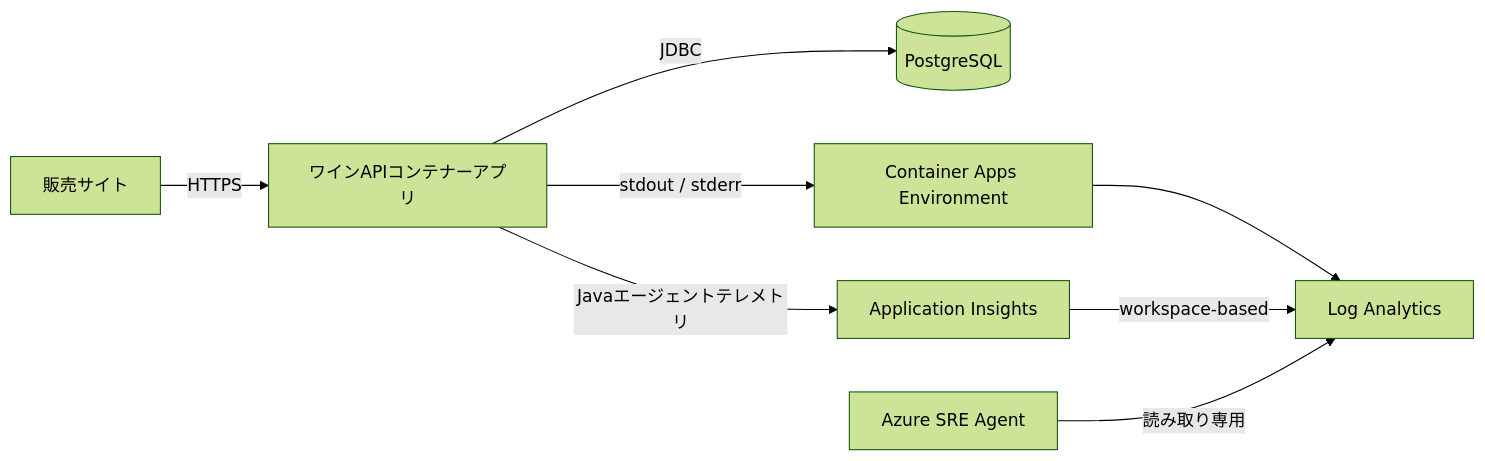
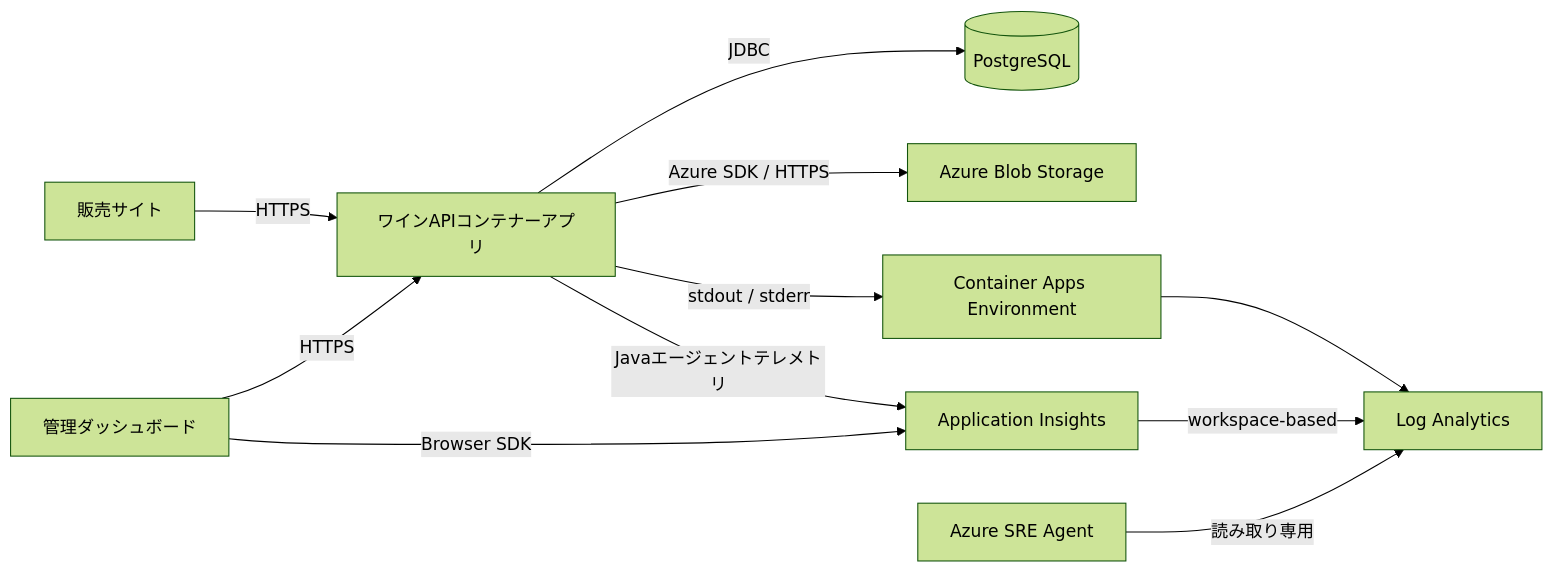
Before and after one commit to mahya8585/SRE-agent-demo: the diagram in docs/observability.md, drawn with Mermaid (forest theme). The commit also changed other lines of this file and 75 other files, not shown here.

````diff
--- a/docs/observability.md
+++ b/docs/observability.md
@@ -14,10 +14,13 @@
 ```mermaid
 flowchart LR
     Client[販売サイト] -->|HTTPS| API[ワインAPIコンテナーアプリ]
+    Admin[管理ダッシュボード] -->|HTTPS| API
+    Admin -->|Browser SDK| AI[Application Insights]
     API -->|JDBC| DB[(PostgreSQL)]
+    API -->|Azure SDK / HTTPS| Blob[Azure Blob Storage]
     API -->|stdout / stderr| CAE[Container Apps Environment]
     CAE --> LAW[Log Analytics]
-    API -->|Javaエージェントテレメトリ| AI[Application Insights]
+    API -->|Javaエージェントテレメトリ| AI
     AI -->|workspace-based| LAW
     SRE[Azure SRE Agent] -->|読み取り専用| LAW
 ```
````
